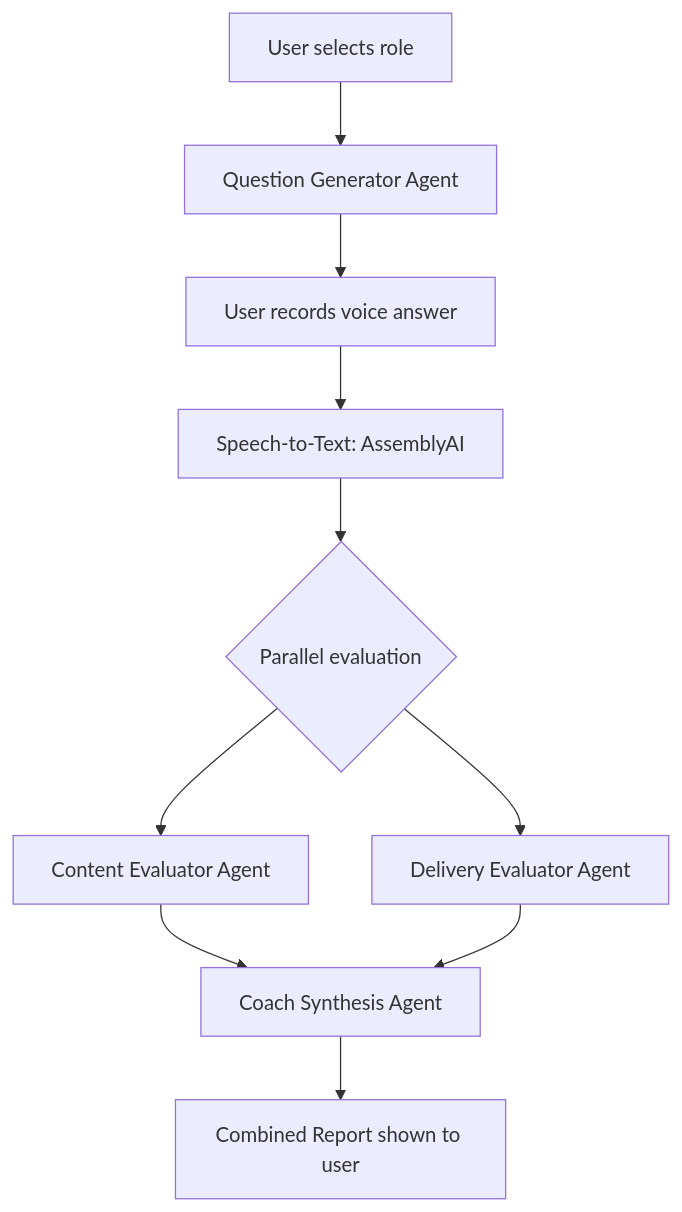
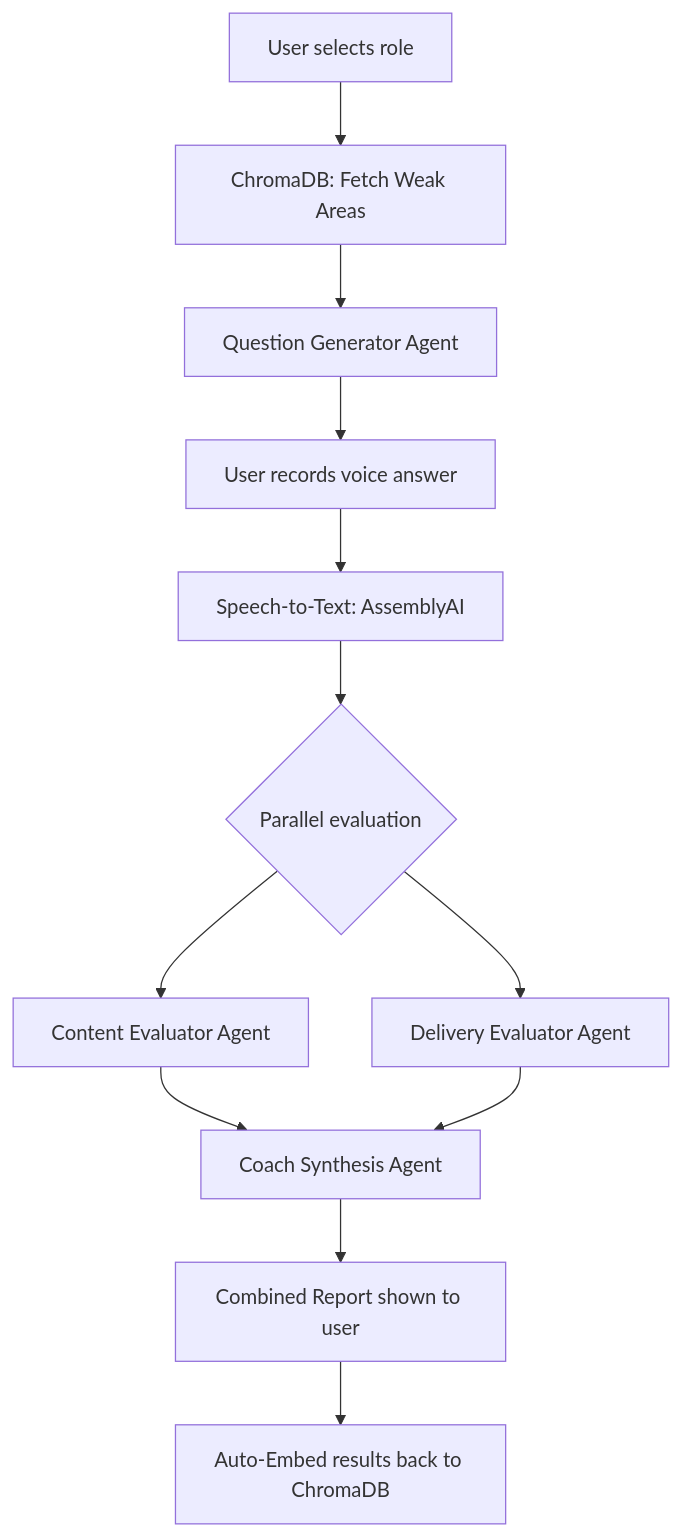
One commit to nzaman7878/VocaPrep-AI-Powered-Interview-Fluency-Coach changed the diagram in docs/ARCHITECTURE.md. Above: the diagram before and after it, drawn with Mermaid. The commit also changed other lines of this file and 2 other files, not shown here.

Commit message:
docs: update README, API, and ARCHITECTURE documentation

````diff
--- a/docs/ARCHITECTURE.md
+++ b/docs/ARCHITECTURE.md
@@ -17,12 +20,14 @@
 ```mermaid
 graph TD
-    A[User selects role] --> B[Question Generator Agent]
-    B --> C[User records voice answer]
-    C --> D[Speech-to-Text: AssemblyAI]
-    D --> E{Parallel evaluation}
-    E --> F[Content Evaluator Agent]
-    E --> G[Delivery Evaluator Agent]
-    F --> H[Coach Synthesis Agent]
-    G --> H
-    H --> I[Combined Report shown to user]
+    A[User selects role] --> B[ChromaDB: Fetch Weak Areas]
+    B --> C[Question Generator Agent]
+    C --> D[User records voice answer]
+    D --> E[Speech-to-Text: AssemblyAI]
+    E --> F{Parallel evaluation}
+    F --> G[Content Evaluator Agent]
+    F --> H[Delivery Evaluator Agent]
+    G --> I[Coach Synthesis Agent]
+    H --> I
+    I --> J[Combined Report shown to user]
+    J --> K[Auto-Embed results back to ChromaDB]
 ```
````
